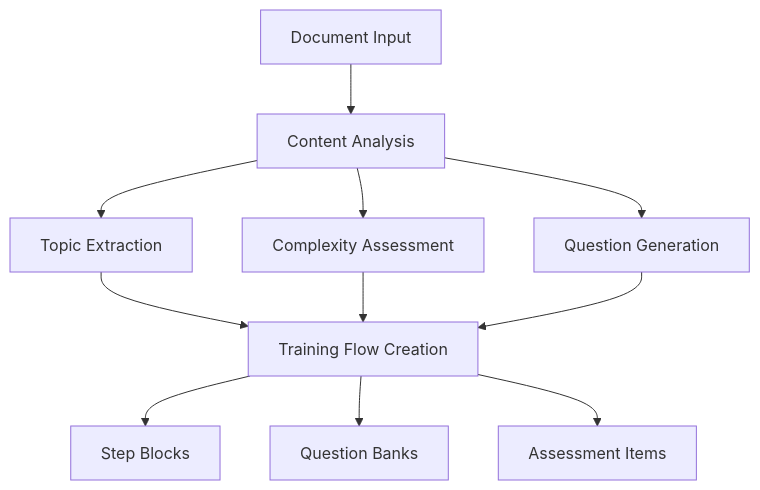
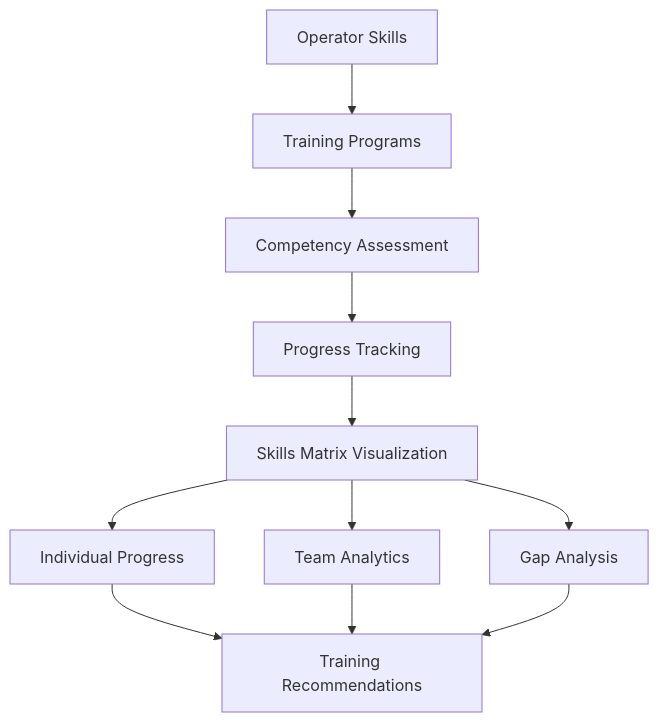
One commit to opprfloris/oppr-training-nexus changed the sixth of 10 diagrams in TECHNICAL_DOCUMENTATION.md. Above: the diagram before and after it, drawn with Mermaid. The commit also changed other lines of this file, not shown here.

````diff
--- a/TECHNICAL_DOCUMENTATION.md
+++ b/TECHNICAL_DOCUMENTATION.md
@@ -240,15 +272,15 @@
 ```mermaid
 graph TB
-    A[Document Input] --> B[Content Analysis]
-    B --> C[Topic Extraction]
-    B --> D[Complexity Assessment]
-    B --> E[Question Generation]
+    A[Operator Skills] --> B[Training Programs]
+    B --> C[Competency Assessment]
+    C --> D[Progress Tracking]
+    D --> E[Skills Matrix Visualization]
     
-    C --> F[Training Flow Creation]
-    D --> F
-    E --> F
+    E --> F[Individual Progress]
+    E --> G[Team Analytics]
+    E --> H[Gap Analysis]
     
-    F --> G[Step Blocks]
-    F --> H[Question Banks]
-    F --> I[Assessment Items]
+    F --> I[Training Recommendations]
+    G --> I
+    H --> I
 ```
````
